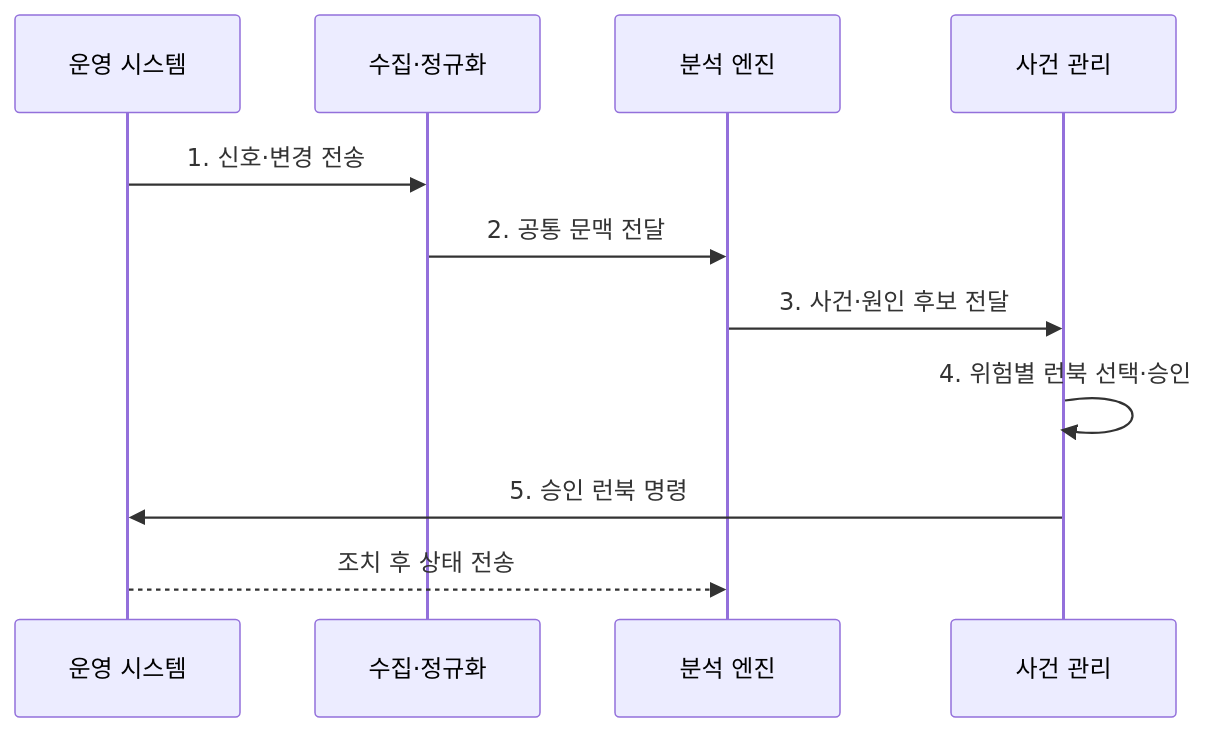
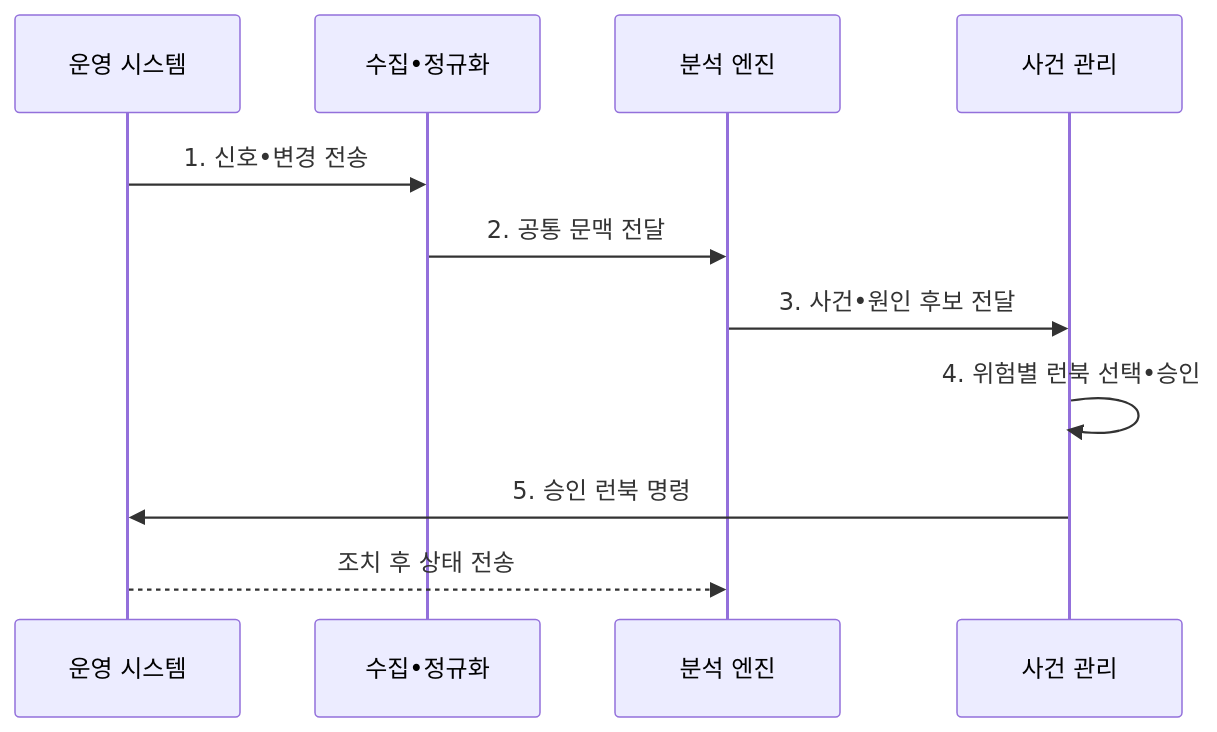
Before and after one commit to agnusdei1207/knowledge-base: the second of 2 diagrams in src/content/docs/notes/03-software/167_aiops.md, drawn with Mermaid. The commit also changed other lines of this file and 953 other files, not shown here.

````diff
--- a/src/content/docs/notes/03-software/167_aiops.md
+++ b/src/content/docs/notes/03-software/167_aiops.md
@@ -108,13 +108,13 @@
 ```mermaid
 sequenceDiagram
     participant O as 운영 시스템
-    participant I as 수집·정규화
+    participant I as 수집•정규화
     participant A as 분석 엔진
     participant M as 사건 관리
-    O->>I: 1. 신호·변경 전송
+    O->>I: 1. 신호•변경 전송
     I->>A: 2. 공통 문맥 전달
-    A->>M: 3. 사건·원인 후보 전달
-    M->>M: 4. 위험별 런북 선택·승인
+    A->>M: 3. 사건•원인 후보 전달
+    M->>M: 4. 위험별 런북 선택•승인
     M->>O: 5. 승인 런북 명령
     O-->>A: 조치 후 상태 전송
 ```
````
